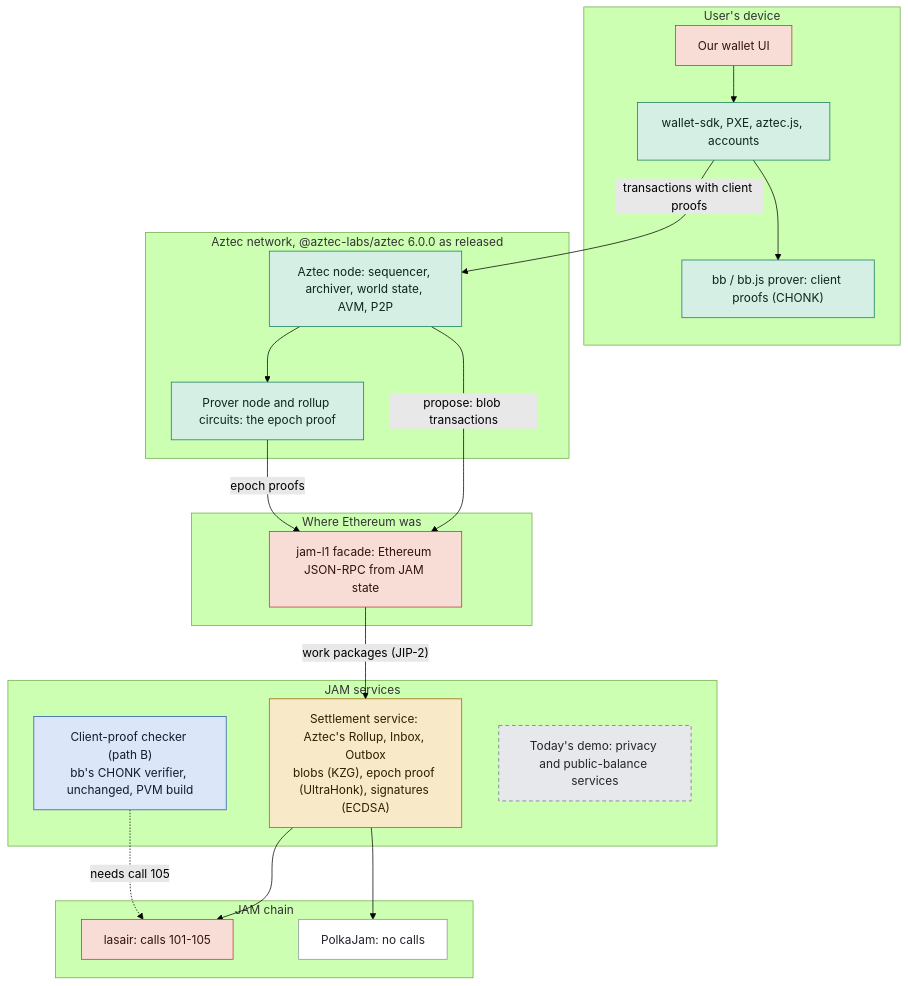
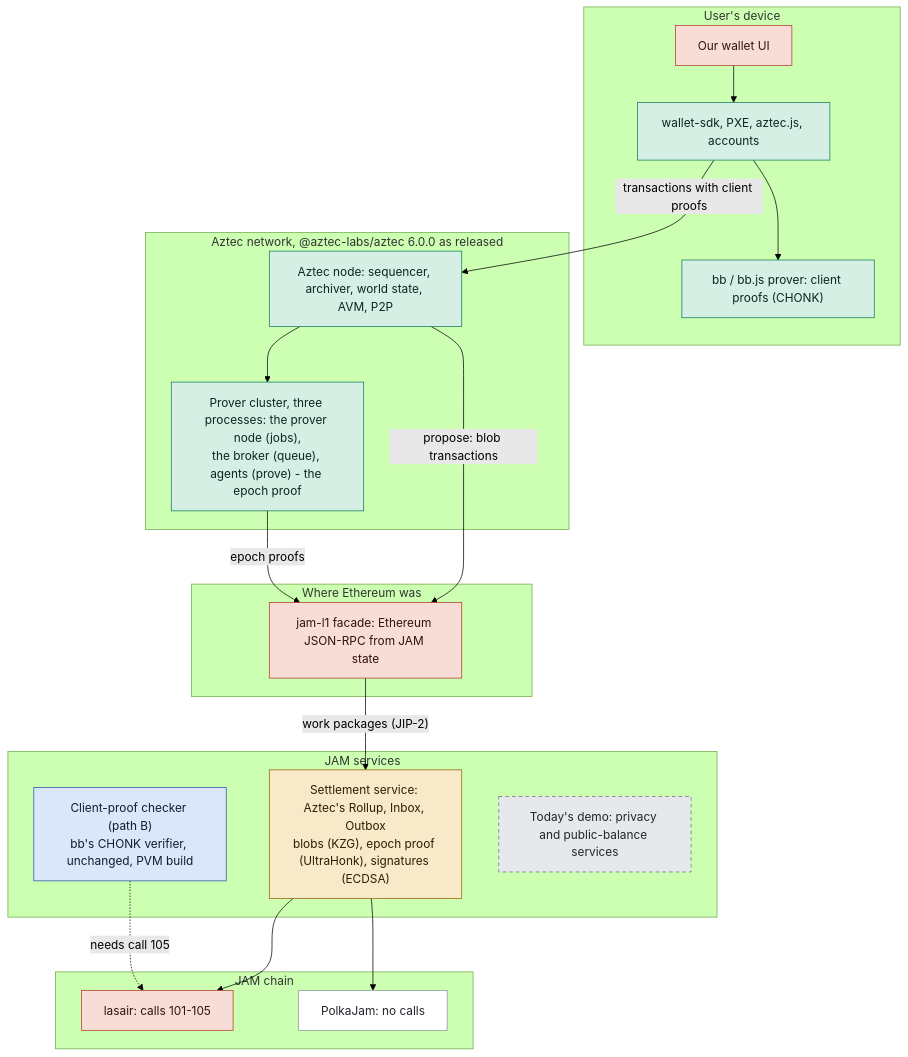
The diagram in docs/aztec/STACK.md (abutlabs/aztec-on-jam), drawn with Mermaid (forest theme) before and after one commit. The commit also changed 2 other files, not shown here.

Commit message:
The prover drawn as Aztec documents it: prover node, broker, agents

````diff
--- a/docs/aztec/STACK.md
+++ b/docs/aztec/STACK.md
@@ -8,46 +8,46 @@
 ```mermaid
 flowchart TB
   subgraph device["User's device"]
     wallet["Our wallet UI"]
     sdk["wallet-sdk, PXE, aztec.js, accounts"]
     prover["bb / bb.js prover: client proofs (CHONK)"]
   end
   subgraph aztec["Aztec network, @aztec-labs/aztec 6.0.0 as released"]
     node["Aztec node: sequencer, archiver, world state, AVM, P2P"]
-    pnode["Prover node and rollup circuits: the epoch proof"]
+    pnode["Prover cluster, three processes: the prover node (jobs),<br/>the broker (queue), agents (prove) - the epoch proof"]
   end
   subgraph seam["Where Ethereum was"]
     facade["jam-l1 facade: Ethereum JSON-RPC from JAM state"]
   end
   subgraph services["JAM services"]
     settle["Settlement service: Aztec's Rollup, Inbox, Outbox<br/>blobs (KZG), epoch proof (UltraHonk), signatures (ECDSA)"]
     chonk["Client-proof checker (path B)<br/>bb's CHONK verifier, unchanged, PVM build"]
     demo["Today's demo: privacy and public-balance services"]
   end
   subgraph chain["JAM chain"]
     lasair["lasair: calls 101-105"]
     pj["PolkaJam: no calls"]
   end
   wallet --> sdk --> prover
   sdk -- "transactions with client proofs" --> node
   node --> pnode
   node -- "propose: blob transactions" --> facade
   pnode -- "epoch proofs" --> facade
   facade -- "work packages (JIP-2)" --> settle
   settle --> lasair
   settle --> pj
   chonk -. "needs call 105" .-> lasair
 
   classDef aztec fill:#d5efe5,stroke:#127a5c,color:#10251d
   classDef build fill:#dbe6f8,stroke:#2357a8,color:#0f1d33
   classDef port fill:#f8e9c9,stroke:#9a6200,color:#2e1f00
   classDef ours fill:#f8dcd6,stroke:#b23a2a,color:#33120d
   classDef demo fill:#e6e8eb,stroke:#6b7380,color:#22262c,stroke-dasharray:5 4
   classDef other fill:#ffffff,stroke:#8a929c,color:#22262c
   class sdk,prover,node,pnode aztec
   class chonk build
   class settle port
   class facade,lasair,wallet ours
   class demo demo
   class pj other
 ```
````
